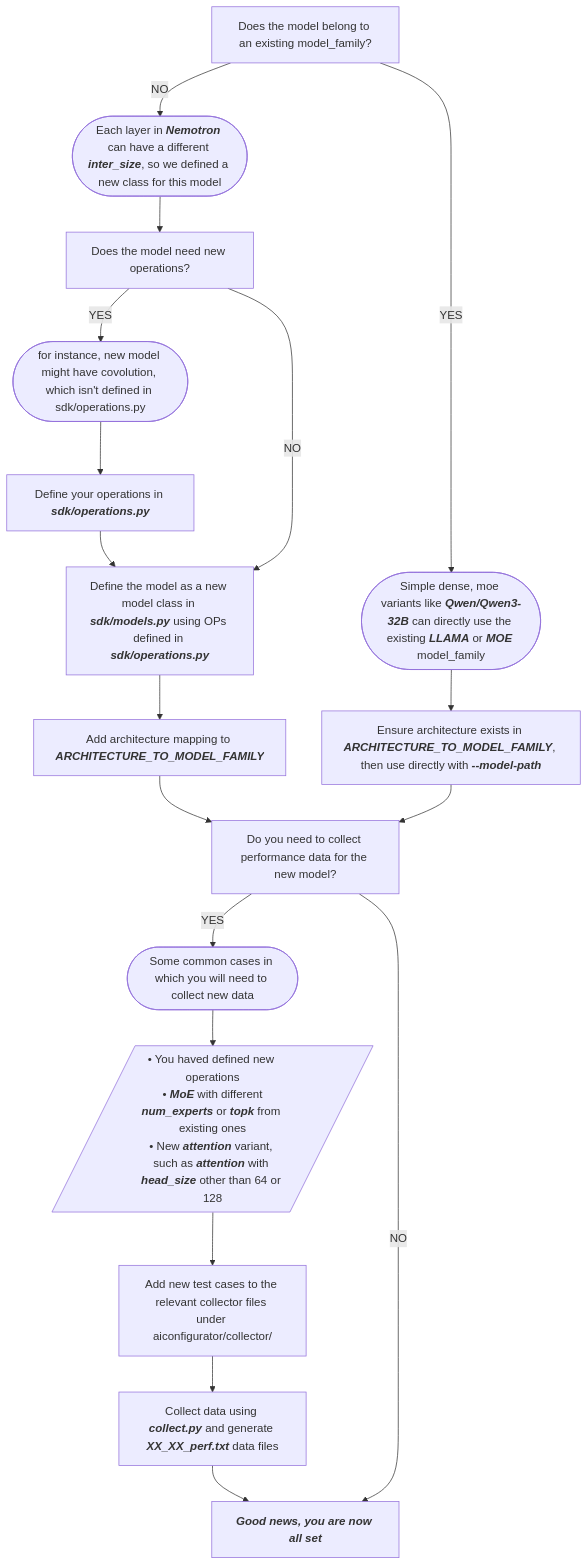
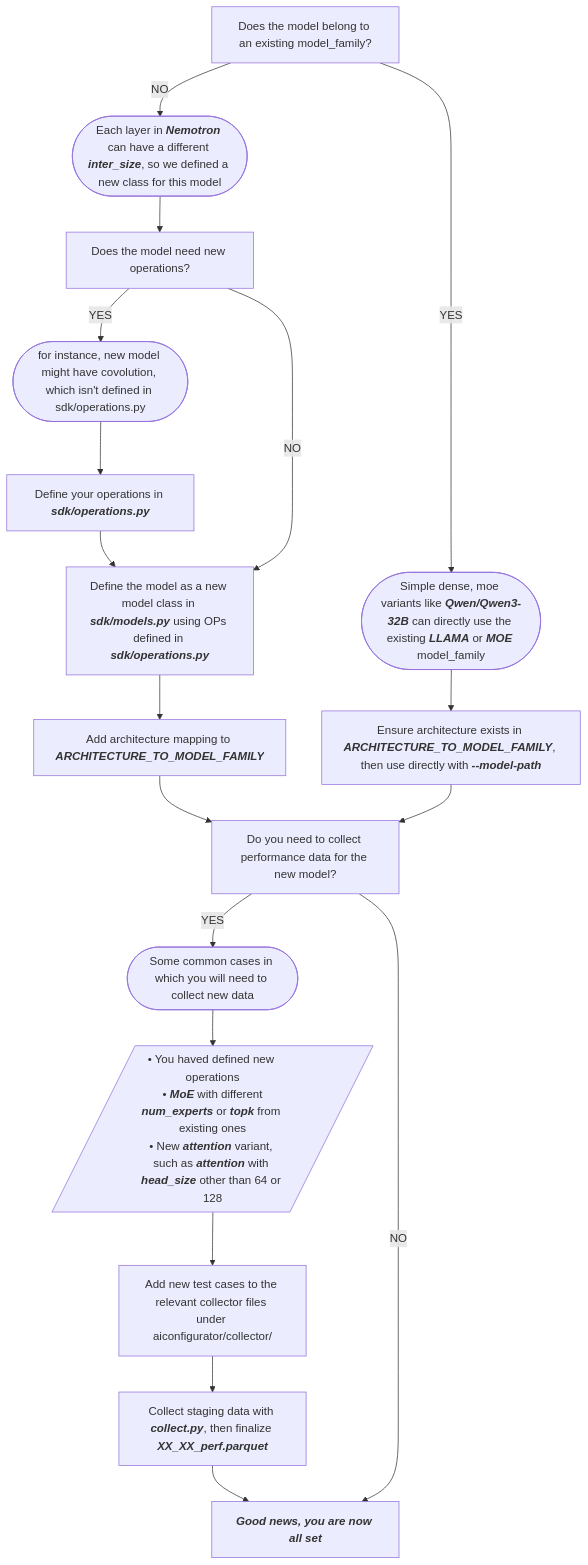
One commit to ai-dynamo/aiconfigurator changed the diagram in docs/add_a_new_model.md. Above: the diagram before and after it, drawn with Mermaid. The commit also changed other lines of this file and 39 other files, not shown here.

Commit message:
fix: update family-first perf-data path references

````diff
--- a/docs/add_a_new_model.md
+++ b/docs/add_a_new_model.md
@@ -139,21 +149,21 @@
 ```mermaid
 flowchart TD
     A[Does the model belong to an existing model_family?]
     A --> |YES| B([Simple dense, moe variants like <i><b>Qwen/Qwen3-32B</b></i> can directly use the existing <i><b>LLAMA</b></i> or <i><b>MOE</b></i> model_family])
     B --> C[Ensure architecture exists in <i><b>ARCHITECTURE_TO_MODEL_FAMILY</b></i>, then use directly with <i><b>--model-path</b></i>]
     A --> |NO| D([Each layer in <i><b>Nemotron</b></i> can have a different <i><b>inter_size</b></i>, so we defined a new class for this model])
     D --> E[Does the model need new operations?]
     E --> |YES| F([for instance, new model might have covolution, which isn't defined in sdk/operations.py])
     F --> G[Define your operations in <b><i>sdk/operations.py</b></i>]
     G --> H[Define the model as a new model class in <i><b>sdk/models.py</b></i> using OPs defined in <i><b>sdk/operations.py</b></i>]
     E --> |NO|H
     H --> i[Add architecture mapping to <i><b>ARCHITECTURE_TO_MODEL_FAMILY</b></i>]
     i --> j[Do you need to collect performance data for the new model?]
     C --> j
     j --> |YES|K([Some common cases in which you will need to collect new data])
     K --> L[/• You haved defined new operations<br/> • <i><b>MoE</b></i> with different <i><b>num_experts</b></i> or <i><b>topk</b></i> from existing ones<br/>• New <i><b>attention</b></i> variant, such as <b><i>attention</b></i> with <b><i>head_size</b></i> other than 64 or 128/]
     L --> M[Add new test cases to the relevant collector files under aiconfigurator/collector/]
-    M --> N[Collect data using <i><b>collect.py</b></i> and generate <i><b>XX_XX_perf.txt</b></i> data files]
+    M --> N[Collect staging data with <i><b>collect.py</b></i>, then finalize <i><b>XX_XX_perf.parquet</b></i>]
     N --> Z
     j --> |NO|Z[<i><b>Good news, you are now all set</b></i>]
 ```
````
